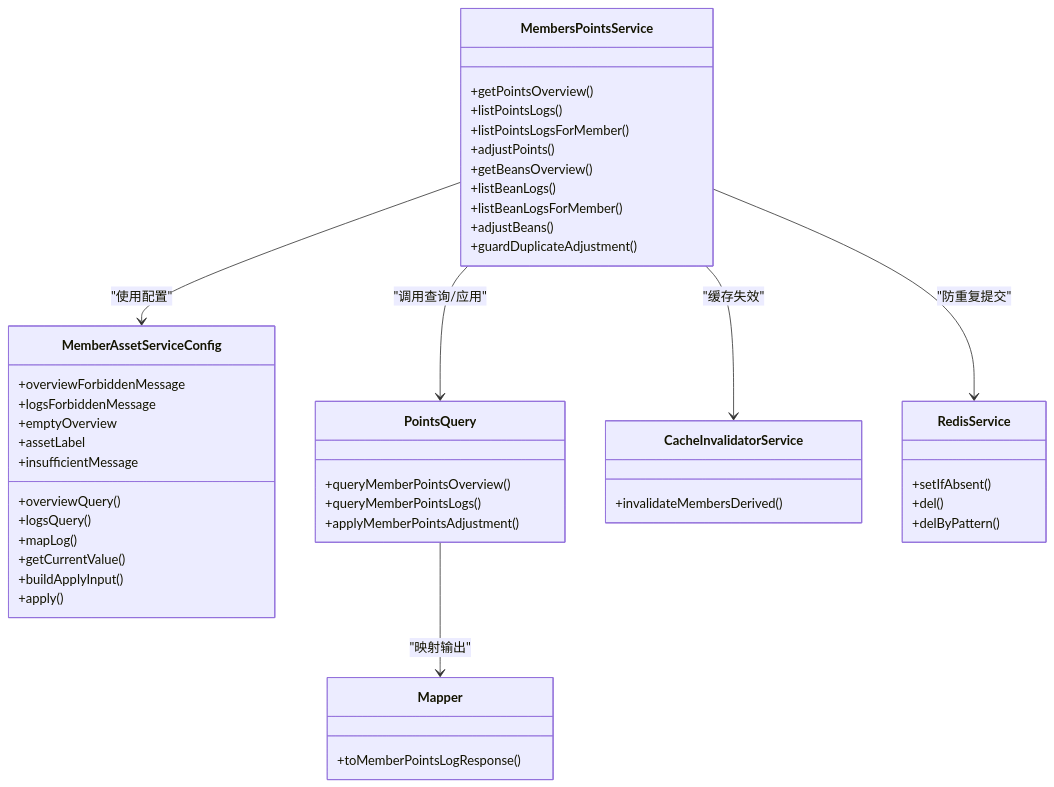
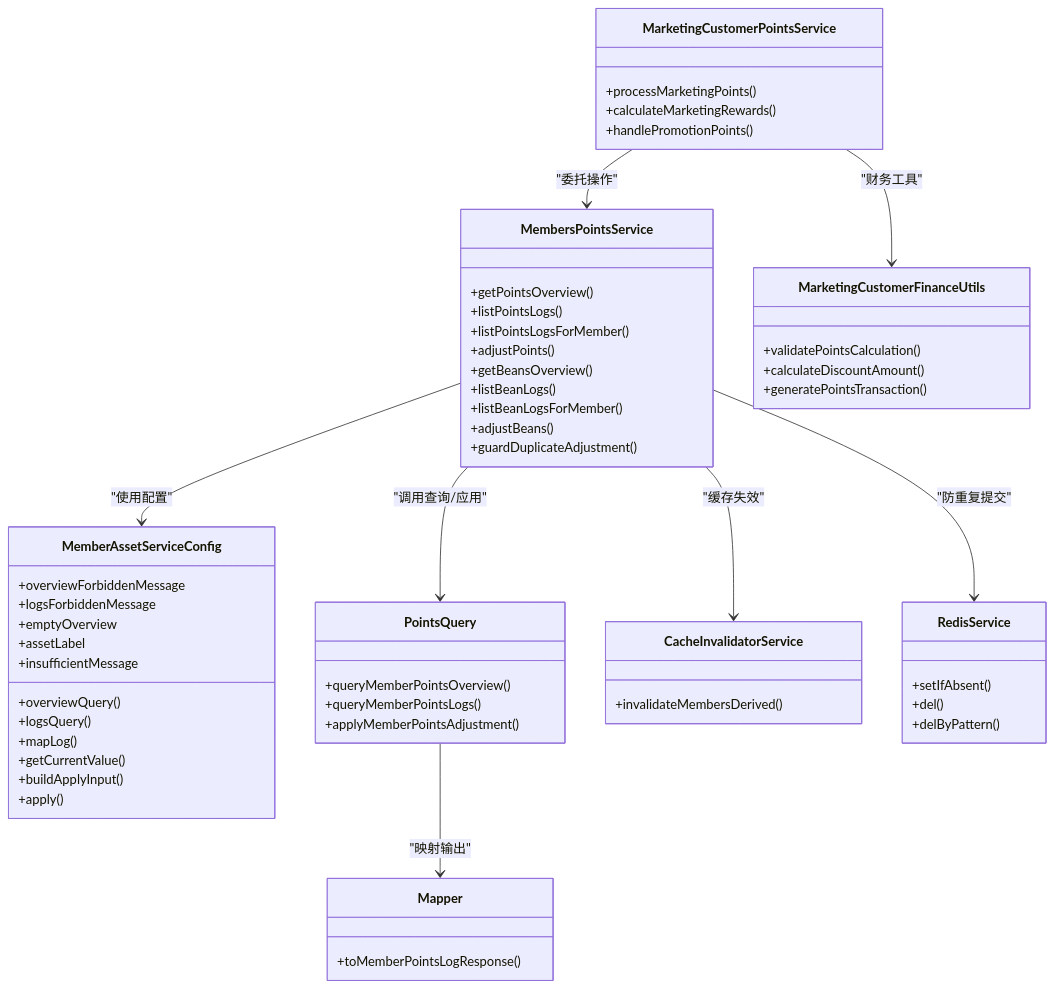
One commit to rc558620/purelyprofit-server changed the third of 5 diagrams in .qoder/repowiki/zh/content/业务模块/会员管理模块/会员积分管理.md. Above: the diagram before and after it, drawn with Mermaid. The commit also changed other lines of this file and 10 other files, not shown here.

````diff
--- a/.qoder/repowiki/zh/content/业务模块/会员管理模块/会员积分管理.md
+++ b/.qoder/repowiki/zh/content/业务模块/会员管理模块/会员积分管理.md
@@ -304,48 +333,60 @@
 ```mermaid
 classDiagram
 class MembersPointsService {
 +getPointsOverview()
 +listPointsLogs()
 +listPointsLogsForMember()
 +adjustPoints()
 +getBeansOverview()
 +listBeanLogs()
 +listBeanLogsForMember()
 +adjustBeans()
 +guardDuplicateAdjustment()
+}
+class MarketingCustomerPointsService {
++processMarketingPoints()
++calculateMarketingRewards()
++handlePromotionPoints()
+}
+class MarketingCustomerFinanceUtils {
++validatePointsCalculation()
++calculateDiscountAmount()
++generatePointsTransaction()
 }
 class MemberAssetServiceConfig {
 +overviewForbiddenMessage
 +logsForbiddenMessage
 +emptyOverview
 +overviewQuery()
 +logsQuery()
 +mapLog()
 +assetLabel
 +insufficientMessage
 +getCurrentValue()
 +buildApplyInput()
 +apply()
 }
 class PointsQuery {
 +queryMemberPointsOverview()
 +queryMemberPointsLogs()
 +applyMemberPointsAdjustment()
 }
 class Mapper {
 +toMemberPointsLogResponse()
 }
 class CacheInvalidatorService {
 +invalidateMembersDerived()
 }
 class RedisService {
 +setIfAbsent()
 +del()
 +delByPattern()
 }
 MembersPointsService --> MemberAssetServiceConfig : "使用配置"
 MembersPointsService --> PointsQuery : "调用查询/应用"
 MembersPointsService --> CacheInvalidatorService : "缓存失效"
 MembersPointsService --> RedisService : "防重复提交"
+MarketingCustomerPointsService --> MarketingCustomerFinanceUtils : "财务工具"
+MarketingCustomerPointsService --> MembersPointsService : "委托操作"
 PointsQuery --> Mapper : "映射输出"
 ```
````
